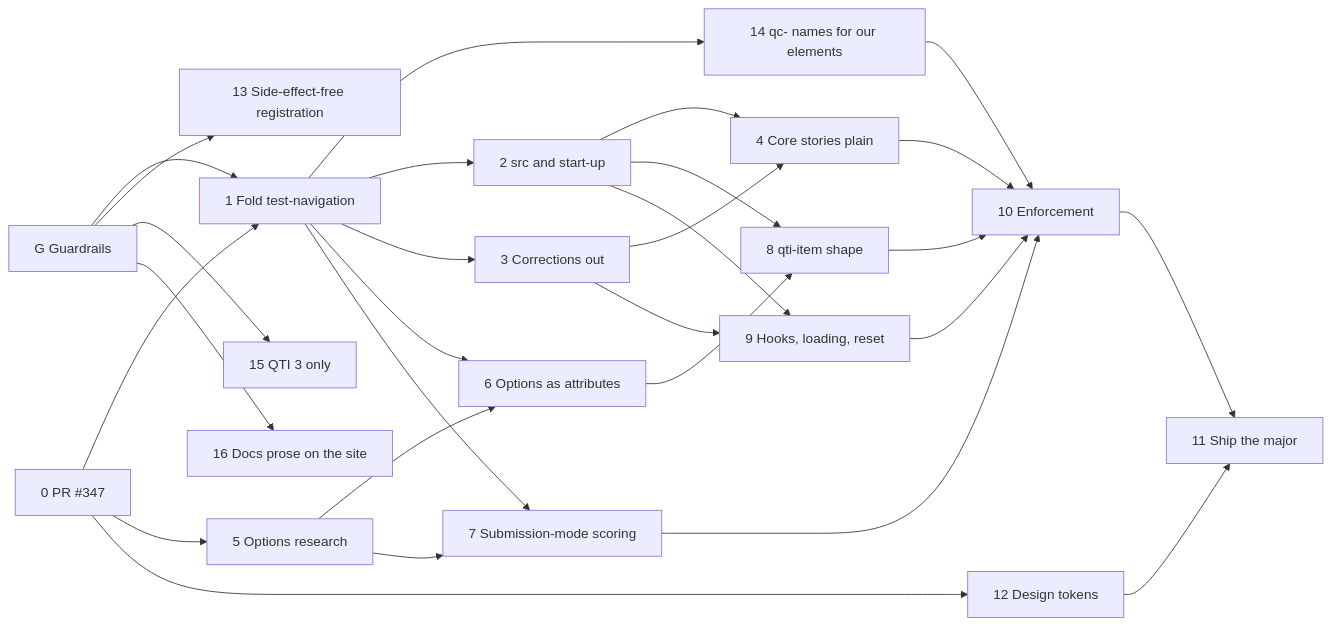
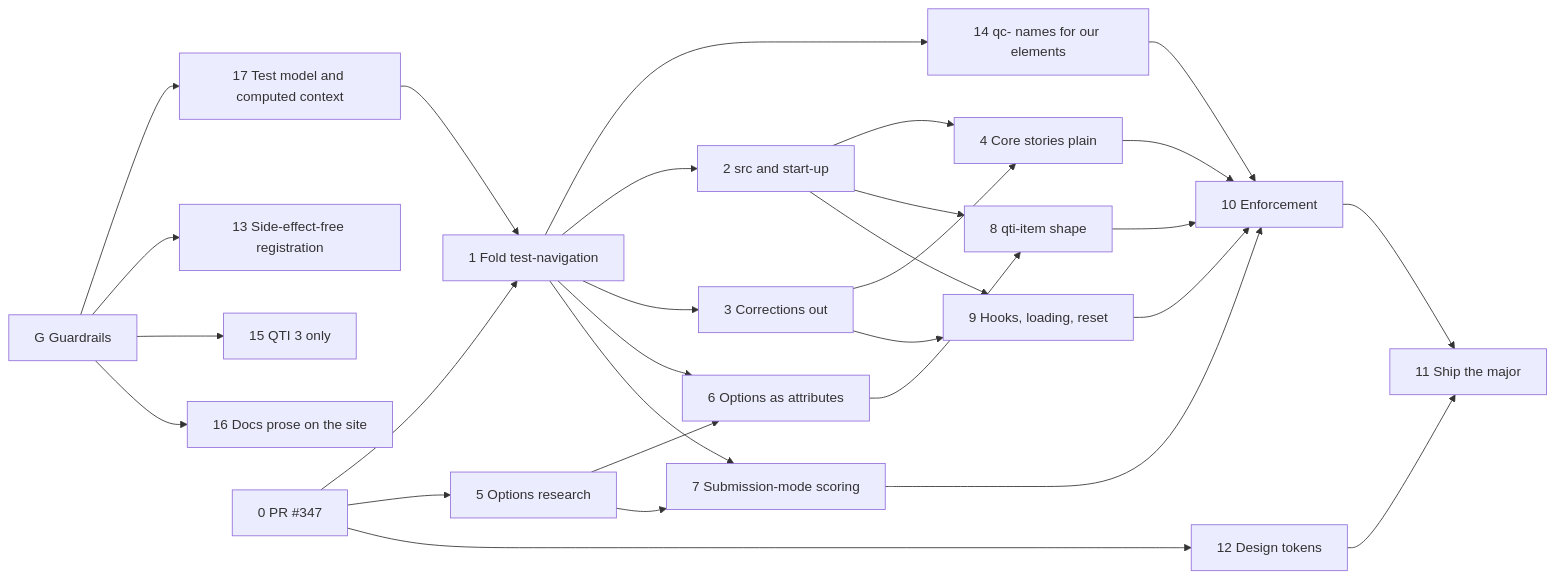
The diagram in plans/ROADMAP.md (Citolab/qti-components), drawn with Mermaid before and after one commit. The commit also changed other lines of this file and 1 other file, not shown here.

Commit message:
feat(roadmap): add phase 17 for test model and computed context

````diff
--- a/plans/ROADMAP.md
+++ b/plans/ROADMAP.md
@@ -57,30 +57,31 @@
 ```mermaid
 graph LR
-  PG[G Guardrails] --> P1
+  PG[G Guardrails] --> P17[17 Test model and computed context]
+  P17 --> P1
   PG --> P13[13 Side-effect-free registration]
   PG --> P15[15 QTI 3 only]
   PG --> P16[16 Docs prose on the site]
   P1 --> P14[14 qc- names for our elements]
   P14 --> P10
   P0[0 PR #347] --> P1[1 Fold test-navigation]
   P0 --> P5[5 Options research]
   P1 --> P2[2 src and start-up]
   P1 --> P3[3 Corrections out]
   P2 --> P4[4 Core stories plain]
   P3 --> P4
   P1 --> P6[6 Options as attributes]
   P5 --> P6
   P1 --> P7[7 Submission-mode scoring]
   P5 --> P7
   P2 --> P8[8 qti-item shape]
   P6 --> P8
   P2 --> P9[9 Hooks, loading, reset]
   P3 --> P9
   P4 --> P10[10 Enforcement]
   P7 --> P10
   P8 --> P10
   P9 --> P10
   P10 --> P11[11 Ship the major]
   P0 --> P12[12 Design tokens]
   P12 --> P11
 ```
````
